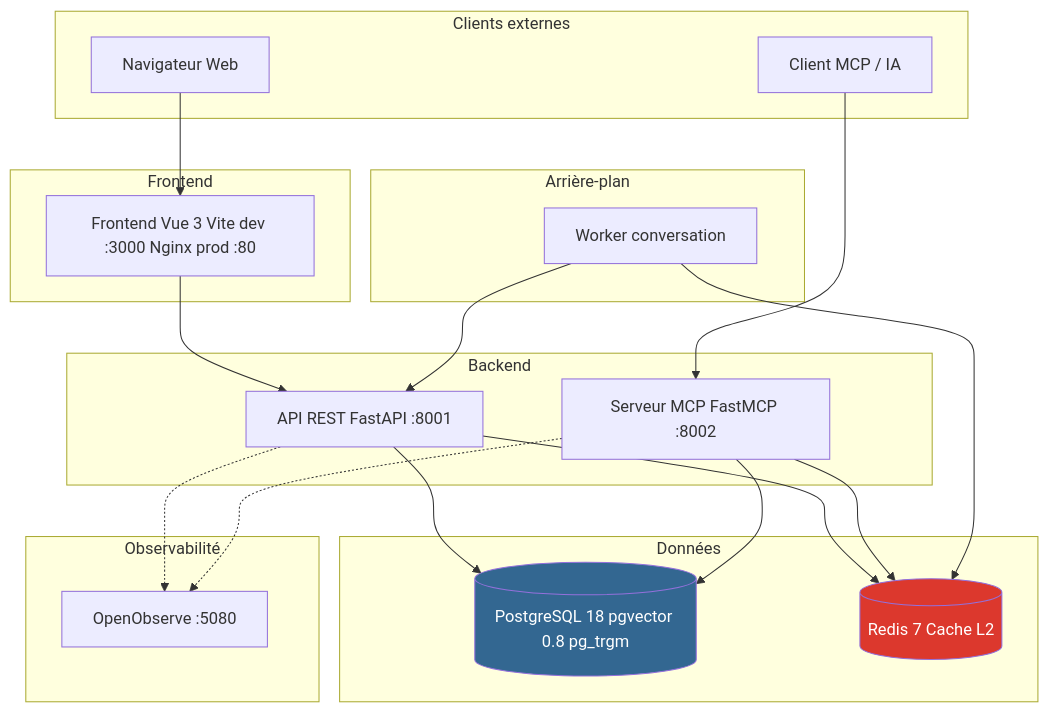
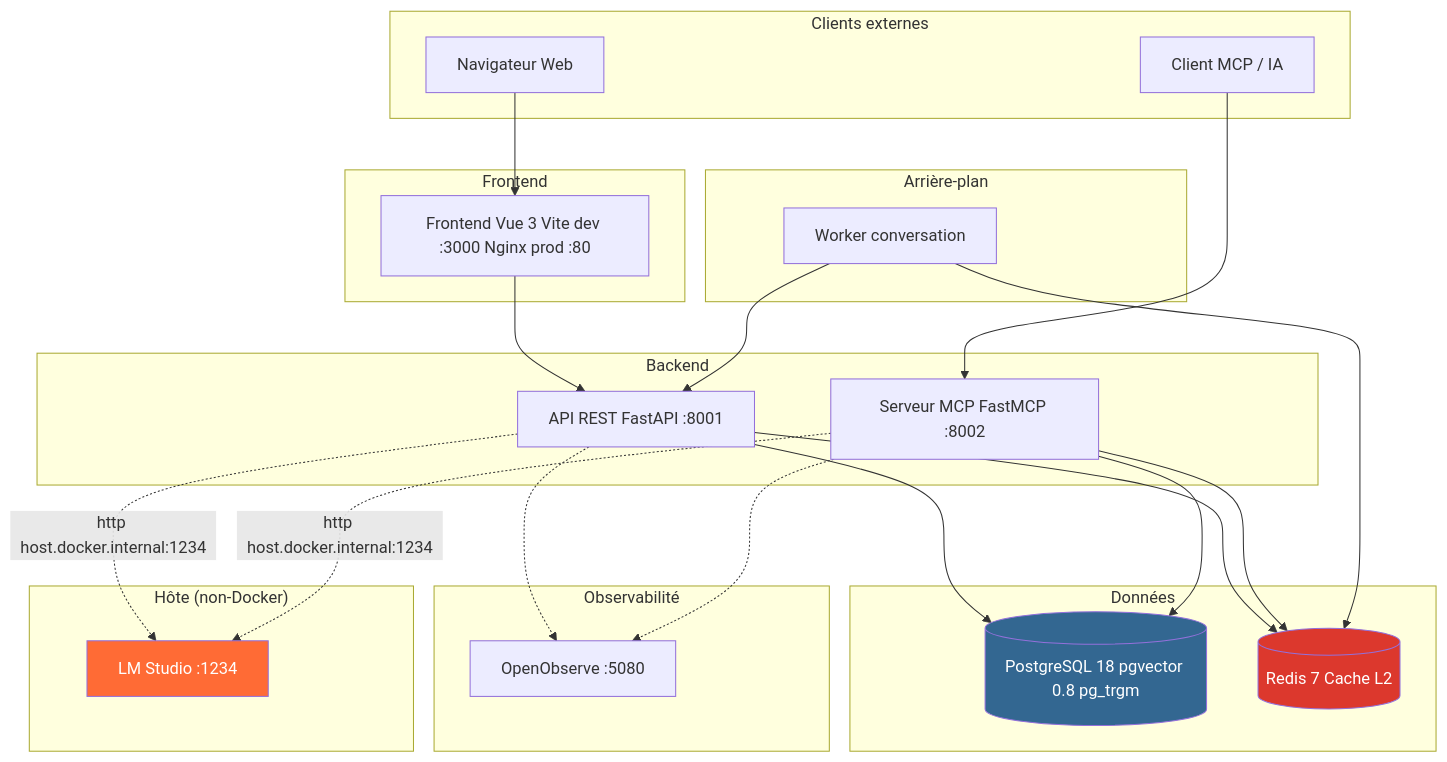
Before and after one commit to giak/mnemo-lite: the first of 10 diagrams in docs/ARCHITECTURE.md, drawn with Mermaid. The commit also changed other lines of this file, not shown here.

First line of the commit message:
docs: fix ARCHITECTURE.md diagrams — accurate topology and services

````diff
--- a/docs/ARCHITECTURE.md
+++ b/docs/ARCHITECTURE.md
@@ -9,44 +9,51 @@
 ```mermaid
 graph TB
     subgraph "Clients externes"
         Browser[Navigateur Web]
         Claude[Client MCP / IA]
     end
 
     subgraph "Frontend"
         FE[Frontend Vue 3 Vite dev :3000 Nginx prod :80]
     end
 
     subgraph "Backend"
         API[API REST FastAPI :8001]
         MCP[Serveur MCP FastMCP :8002]
     end
 
     subgraph "Données"
         PG[(PostgreSQL 18 pgvector 0.8 pg_trgm)]
         Redis[(Redis 7 Cache L2)]
     end
 
     subgraph "Arrière-plan"
         Worker[Worker conversation]
     end
 
     subgraph "Observabilité"
         OObserve[OpenObserve :5080]
     end
 
+    subgraph "Hôte (non-Docker)"
+        LMStudio[LM Studio :1234]
+    end
+
     Browser --> FE
     FE --> API
     Claude --> MCP
     API --> PG
     API --> Redis
     MCP --> PG
     MCP --> Redis
     Worker --> Redis
     Worker --> API
     API -.-> OObserve
     MCP -.-> OObserve
+    API -.->|http host.docker.internal:1234| LMStudio
+    MCP -.->|http host.docker.internal:1234| LMStudio
 
     style PG fill:#336791,color:#fff
     style Redis fill:#DC382D,color:#fff
+    style LMStudio fill:#FF6B35,color:#fff
 ```
````
